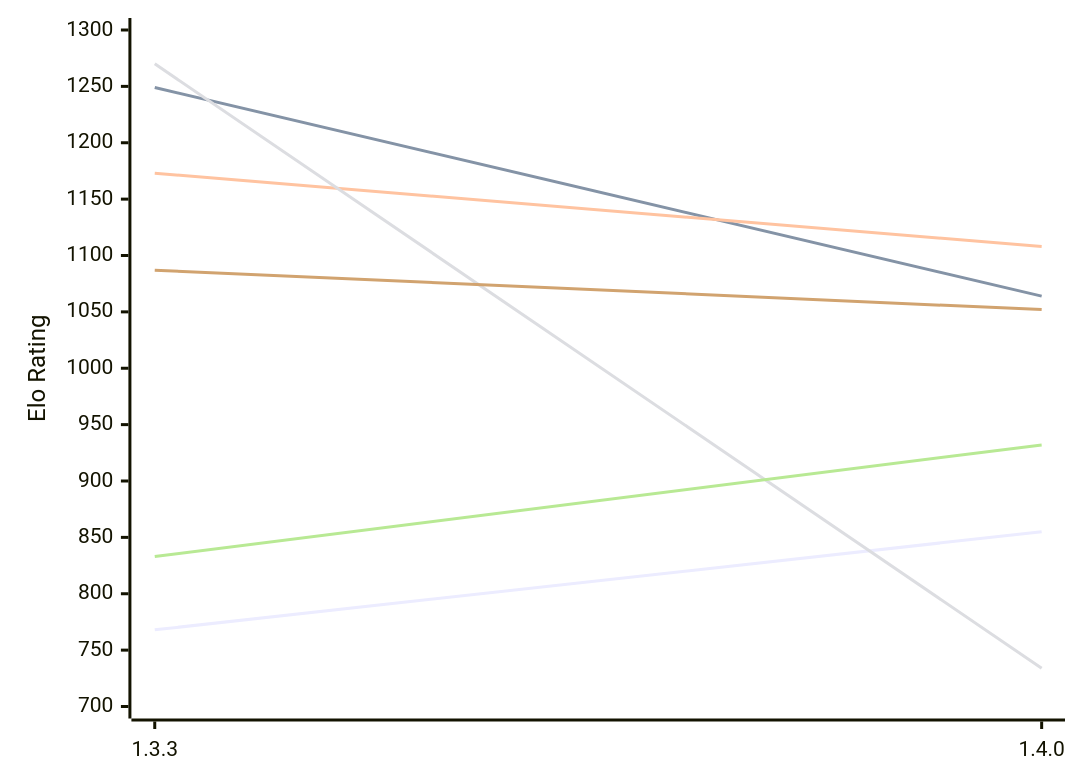
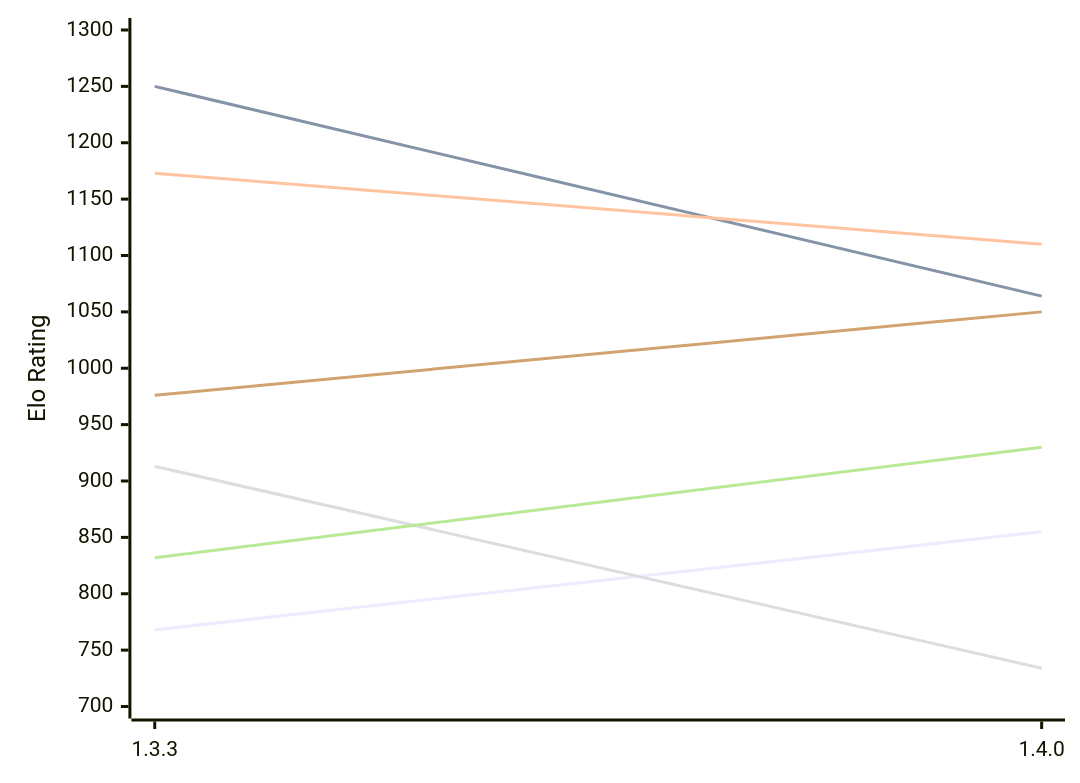
The first of 2 diagrams in engines/Whitespine.md (computer-chess-index/cci), drawn with Mermaid before and after one commit. The commit also changed other lines of this file, not shown here.

Commit message:
Update CCI Ratings (ELO VLTC) - 2026-11-20

````diff
--- a/engines/Whitespine.md
+++ b/engines/Whitespine.md
@@ -51,12 +51,12 @@
 ```mermaid
 %%{init: {"theme":"base","themeVariables":{"seriesColors:['#a3a3a3','#222221','#faa371']}}}%%
 xychart-beta
   x-axis ["1.3.3", "1.4.0"]
   y-axis "Elo Rating" 700 --> 1300
   line "E1: STC (8.0+0.08s)" [768, 855]
-  line "E1: LTC (60.0+0.60s)" [1249, 1064]
-  line "E1: VLTC (2m24s+1.12s)" [1173, 1108]
-  line "P1: STC (8.0+0.08s)" [1270, 734]
-  line "P1: LTC (60.0+0.60s)" [833, 932]
-  line "P1: VLTC (2m24s+1.12s)" [1087, 1052]
+  line "E1: LTC (60.0+0.60s)" [1250, 1064]
+  line "E1: VLTC (2m24s+1.12s)" [1173, 1110]
+  line "P1: STC (8.0+0.08s)" [913, 734]
+  line "P1: LTC (60.0+0.60s)" [832, 930]
+  line "P1: VLTC (2m24s+1.12s)" [976, 1050]
 ```
````
